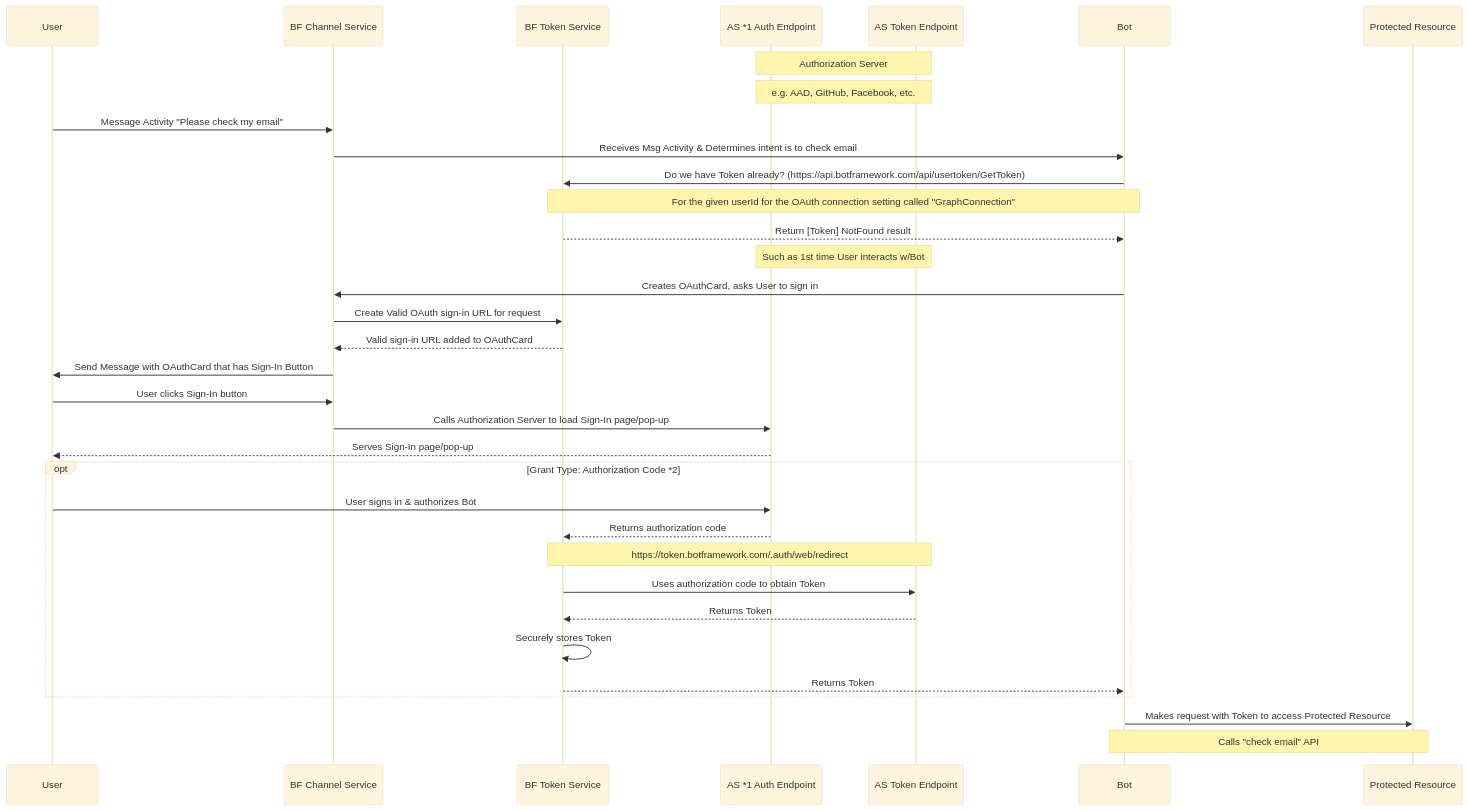
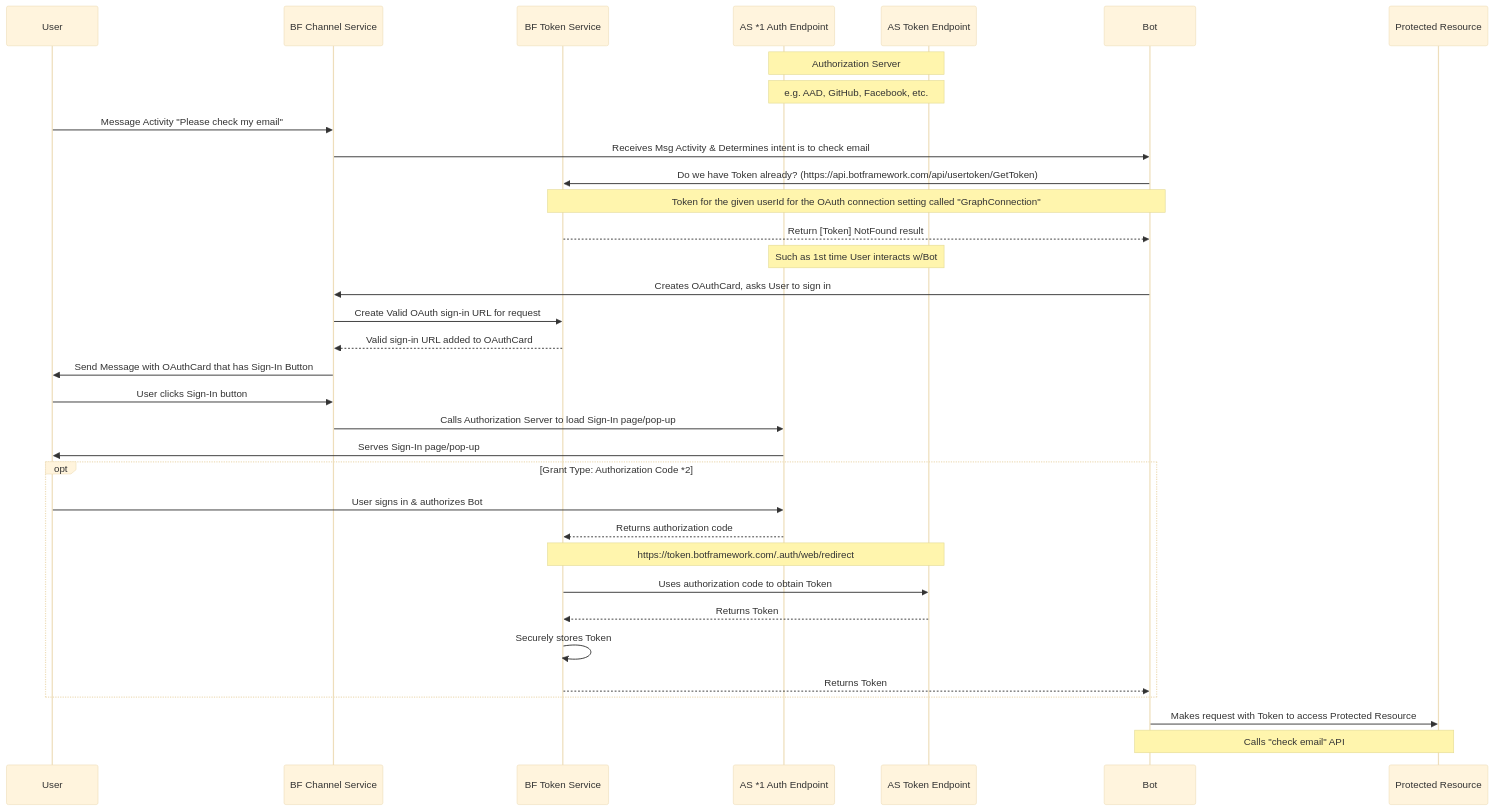
Before and after one commit to Zerryth/Mermaid: the first of 2 diagrams in MarkdownFiles/Authentication/AuthenticationDocExample_WithOAuthFlow.md, drawn with Mermaid (base theme). The commit also changed other lines of this file and 9 other files, not shown here.

Commit message:
Updated diagrams with feedback given from Carlos

````diff
--- a/MarkdownFiles/Authentication/AuthenticationDocExample_WithOAuthFlow.md
+++ b/MarkdownFiles/Authentication/AuthenticationDocExample_WithOAuthFlow.md
@@ -4,43 +4,43 @@
 ```mermaid
 sequenceDiagram
 
 participant User
 participant BFCS as BF Channel Service
 participant BFTS as BF Token Service
 participant ASAuth as AS *1 Auth Endpoint
 participant ASToken as AS Token Endpoint
 Note over ASAuth, ASToken: Authorization Server
 Note over ASAuth, ASToken: e.g. AAD, GitHub, Facebook, etc.
 participant Bot
 participant ProtectedResource as Protected Resource
 
 
 User ->> BFCS: Message Activity "Please check my email"
 BFCS ->> Bot: Receives Msg Activity & Determines intent is to check email
 Bot ->> BFTS: Do we have Token already? (https://api.botframework.com/api/usertoken/GetToken)
-Note over BFTS, Bot: For the given userId for the OAuth connection setting called "GraphConnection"
+Note over BFTS, Bot: Token for the given userId for the OAuth connection setting called "GraphConnection"
 BFTS -->> Bot: Return [Token] NotFound result
 Note over ASAuth, ASToken: Such as 1st time User interacts w/Bot
 Bot ->> BFCS: Creates OAuthCard, asks User to sign in
 BFCS ->> BFTS: Create Valid OAuth sign-in URL for request
 BFTS -->> BFCS: Valid sign-in URL added to OAuthCard
 BFCS ->> User: Send Message with OAuthCard that has Sign-In Button
 User ->> BFCS: User clicks Sign-In button
 BFCS ->> ASAuth: Calls Authorization Server to load Sign-In page/pop-up
-ASAuth -->> User: Serves Sign-In page/pop-up
+ASAuth ->> User: Serves Sign-In page/pop-up
 
 opt Grant Type: Authorization Code *2
     User ->> ASAuth: User signs in & authorizes Bot
     ASAuth -->> BFTS: Returns authorization code
     Note over BFTS, ASToken: https://token.botframework.com/.auth/web/redirect
     BFTS ->> ASToken: Uses authorization code to obtain Token
     ASToken -->> BFTS: Returns Token
     BFTS ->> BFTS: Securely stores Token
     BFTS -->> Bot: Returns Token
 
 end
 
 Bot ->> ProtectedResource: Makes request with Token to access Protected Resource
 Note over Bot, ProtectedResource: Calls "check email" API
 
 ```
````
